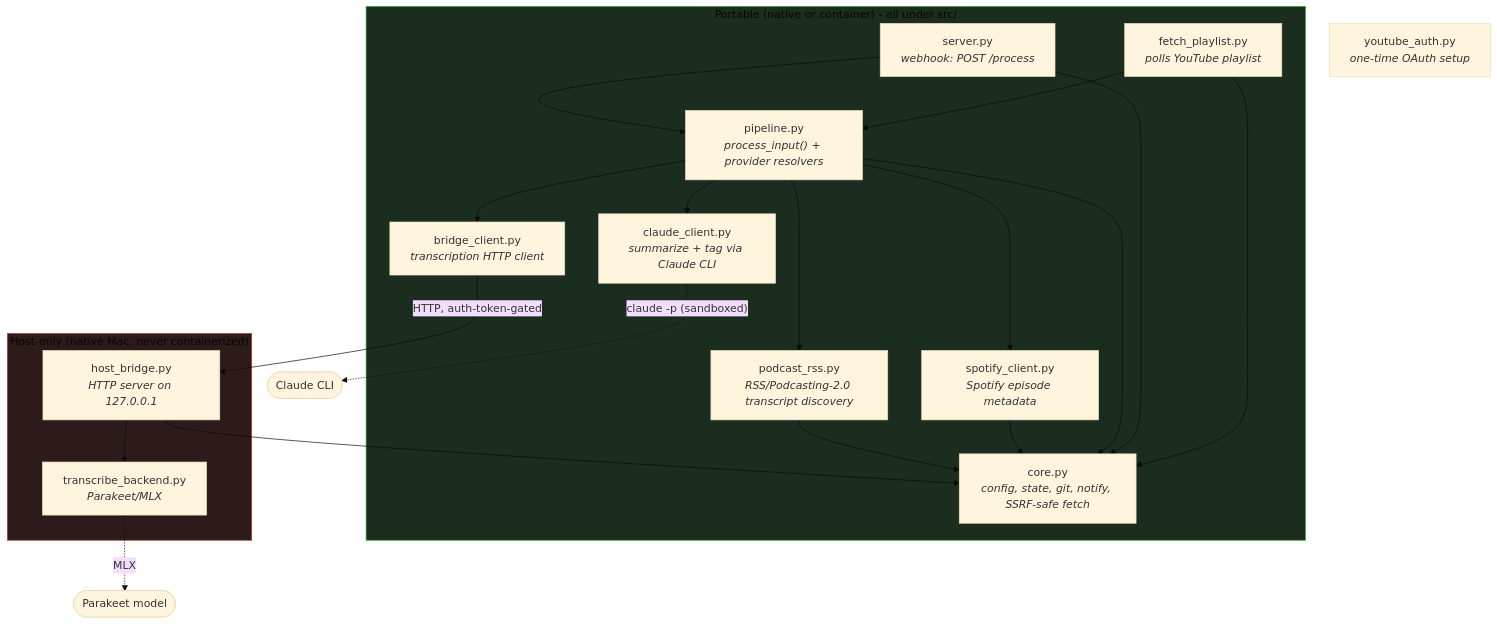
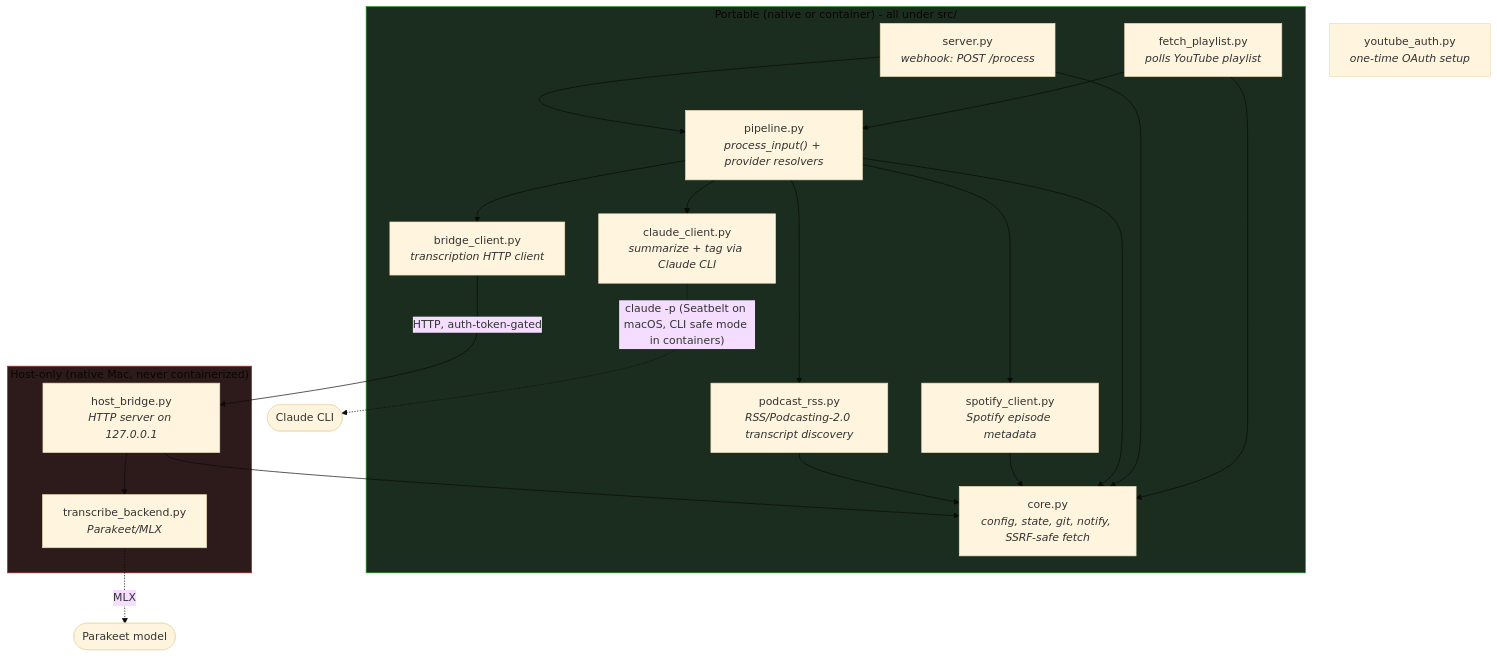
Before and after one commit to s1nack-dev/media-2-obsidian: the first of 7 diagrams in docs/architecture.md, drawn with Mermaid (base theme). The commit also changed other lines of this file and 21 other files, not shown here.

````diff
--- a/docs/architecture.md
+++ b/docs/architecture.md
@@ -13,40 +15,40 @@
 ```mermaid
 flowchart TB
     subgraph portable["Portable (native or container) - all under src/"]
         fetch["fetch_playlist.py<br/><i>polls YouTube playlist</i>"]
         server["server.py<br/><i>webhook: POST /process</i>"]
         pipeline["pipeline.py<br/><i>process_input() + provider resolvers</i>"]
         spotify["spotify_client.py<br/><i>Spotify episode metadata</i>"]
         podcastrss["podcast_rss.py<br/><i>RSS/Podcasting-2.0 transcript discovery</i>"]
         bridgeclient["bridge_client.py<br/><i>transcription HTTP client</i>"]
         claude["claude_client.py<br/><i>summarize + tag via Claude CLI</i>"]
         core["core.py<br/><i>config, state, git, notify, SSRF-safe fetch</i>"]
     end
 
     subgraph hostonly["Host-only (native Mac, never containerized)"]
         bridge["host_bridge.py<br/><i>HTTP server on 127.0.0.1</i>"]
         transcribe["transcribe_backend.py<br/><i>Parakeet/MLX</i>"]
     end
 
     auth["youtube_auth.py<br/><i>one-time OAuth setup</i>"]
 
     fetch --> pipeline
     server --> pipeline
     fetch --> core
     server --> core
     pipeline --> core
     pipeline --> spotify
     pipeline --> podcastrss
     spotify --> core
     podcastrss --> core
     pipeline --> bridgeclient
     pipeline --> claude
     bridgeclient -- "HTTP, auth-token-gated" --> bridge
     bridge --> transcribe
     bridge --> core
-    claude -. "claude -p (sandboxed)" .-> claudeCLI(["Claude CLI"])
+    claude -. "claude -p (Seatbelt on macOS, CLI safe mode in containers)" .-> claudeCLI(["Claude CLI"])
     transcribe -. "MLX" .-> parakeet(["Parakeet model"])
 
     style hostonly fill:#2d1b1b,stroke:#a33
     style portable fill:#1b2d1e,stroke:#3a3
 ```
````
